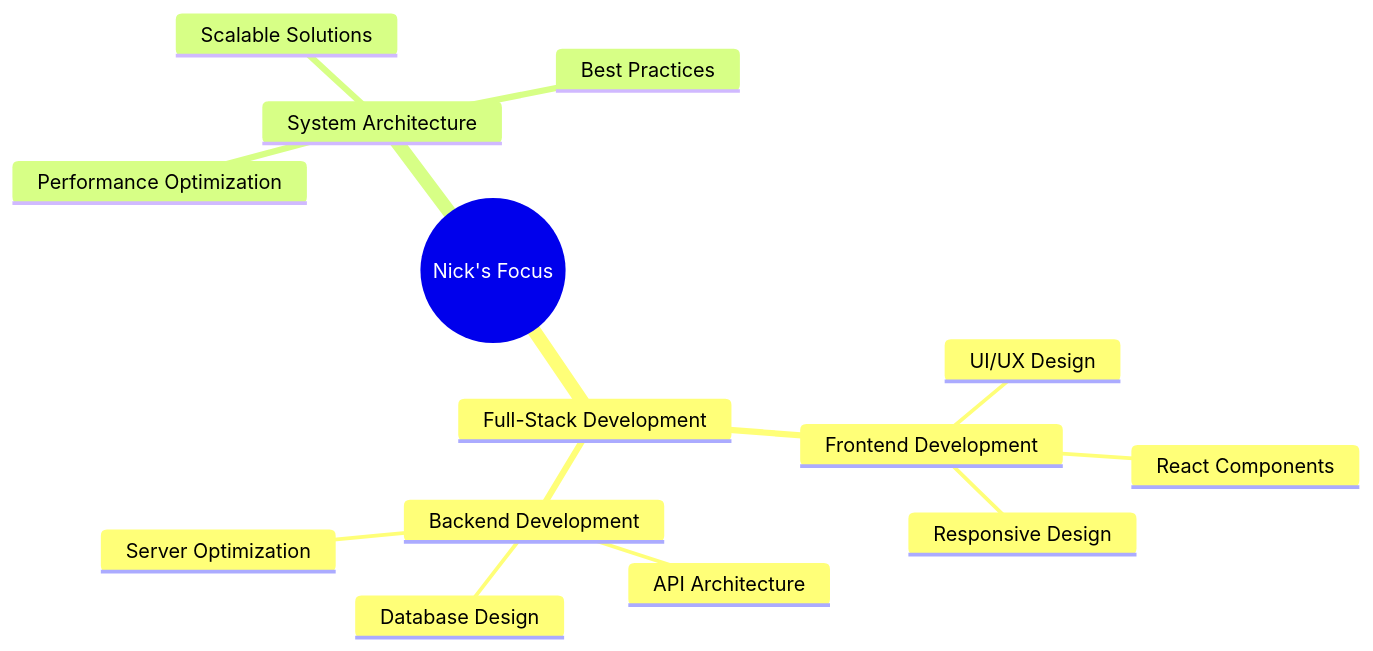
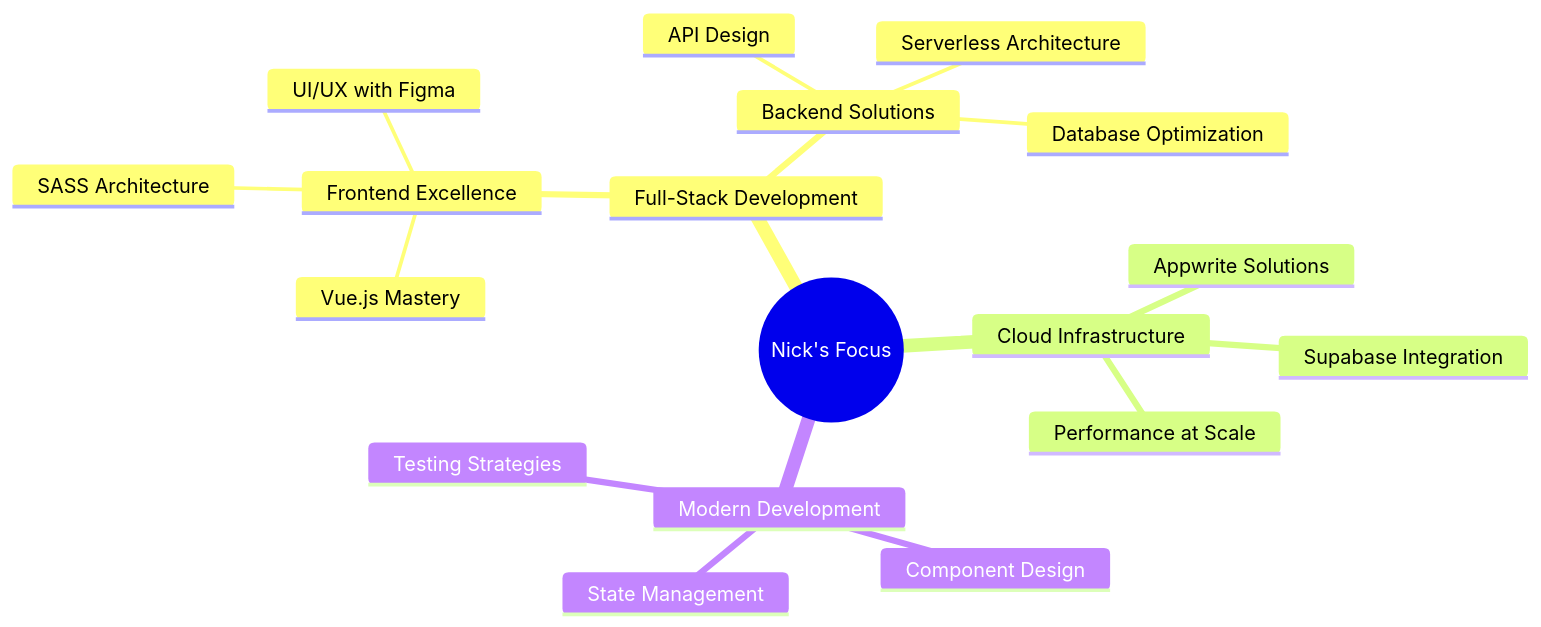
Before and after one commit to ngou1200/ngou1200: the diagram in README.md, drawn with Mermaid. The commit also changed other lines of this file, not shown here.

````diff
--- a/README.md
+++ b/README.md
@@ -104,17 +116,21 @@
 ```mermaid
 mindmap
   root((Nick's Focus))
     Full-Stack Development
-      Frontend Development
-        UI/UX Design
-        React Components
-        Responsive Design
-      Backend Development
-        API Architecture
-        Database Design
-        Server Optimization
-    System Architecture
-      Scalable Solutions
-      Performance Optimization
-      Best Practices
+      Frontend Excellence
+        Vue.js Mastery
+        SASS Architecture
+        UI/UX with Figma
+      Backend Solutions
+        API Design
+        Database Optimization
+        Serverless Architecture
+    Cloud Infrastructure
+      Supabase Integration
+      Appwrite Solutions
+      Performance at Scale
+    Modern Development
+      Component Design
+      State Management
+      Testing Strategies
 ```
````
